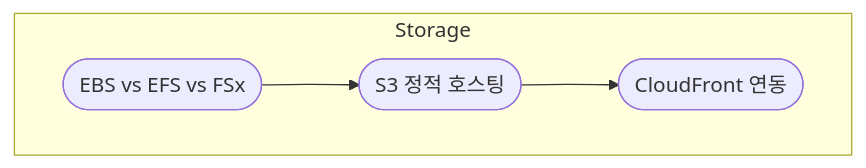
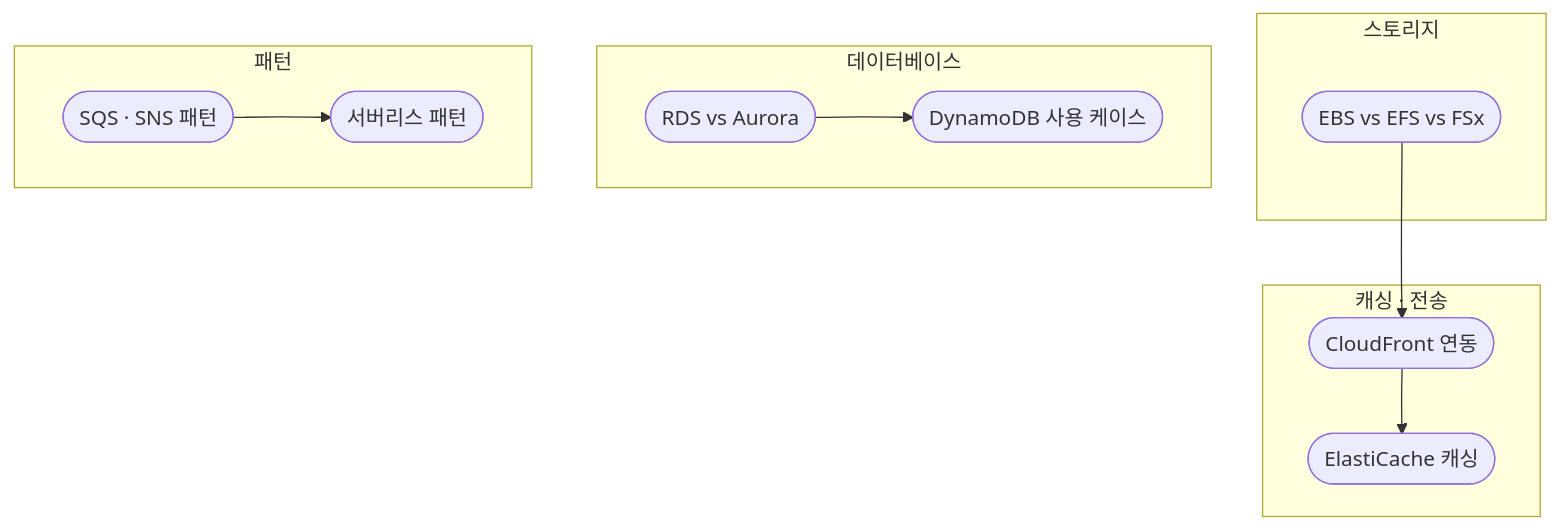
Before and after one commit to gwonmin/QuizNox_front: the third of 4 diagrams in public/handbook/saa/overview.md, drawn with Mermaid. The commit also changed other lines of this file and 125 other files, not shown here.

````diff
--- a/public/handbook/saa/overview.md
+++ b/public/handbook/saa/overview.md
@@ -38,9 +107,21 @@
 ```mermaid
 flowchart TB
-  subgraph storage [Storage]
+  subgraph storage [스토리지]
     EB([EBS vs EFS vs FSx])
-    S3([S3 정적 호스팅])
+  end
+  subgraph cache [캐싱 · 전송]
     CF([CloudFront 연동])
+    CA([ElastiCache 캐싱])
   end
-  EB --> S3 --> CF
+  subgraph db [데이터베이스]
+    RD([RDS vs Aurora])
+    DY([DynamoDB 사용 케이스])
+  end
+  subgraph pattern [패턴]
+    SQ([SQS · SNS 패턴])
+    SR([서버리스 패턴])
+  end
+  EB --> CF --> CA
+  RD --> DY
+  SQ --> SR
 ```
````
